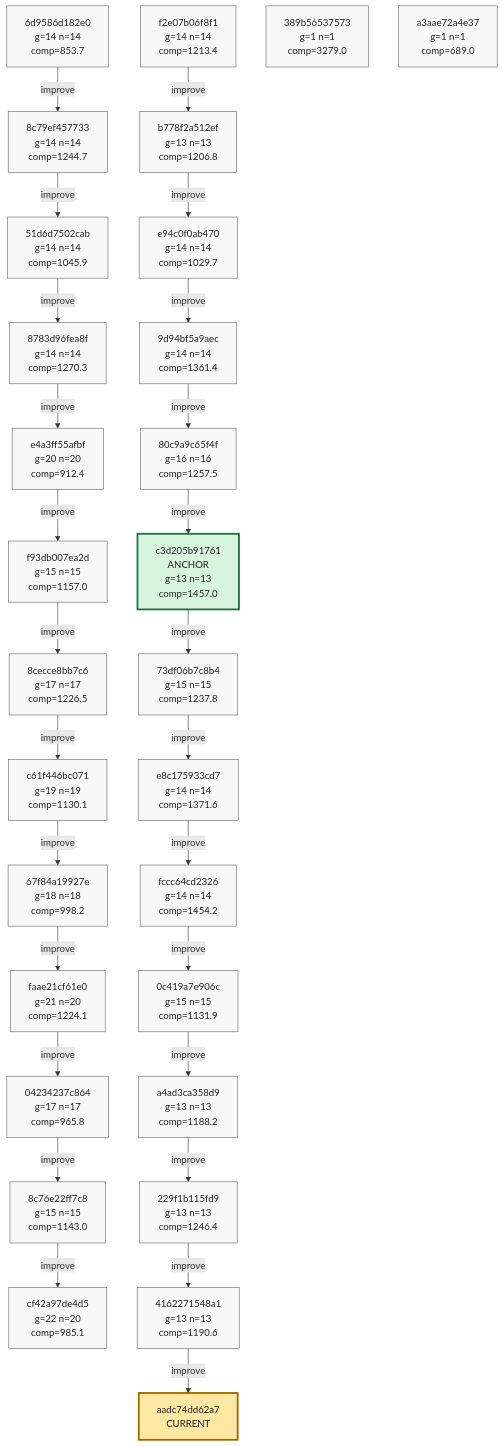
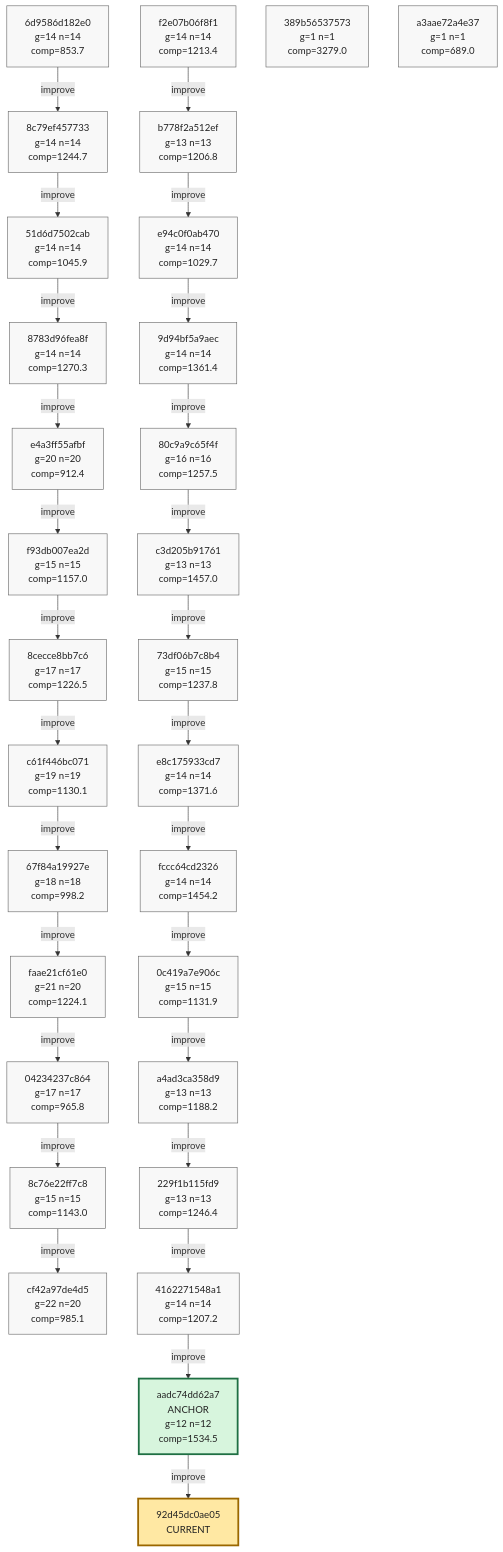
One commit to azumag/soviet_now changed the eighth of 8 diagrams in phyrogenetic-tree.md. Above: the diagram before and after it, drawn with Mermaid. The commit also changed other lines of this file and 2 other files, not shown here.

Commit message:
eloop Improve after 12 games (scores: 1097 2622 3860 1627 1890 1300 2304 1055 2144 990 3668 1015)

````diff
--- a/phyrogenetic-tree.md
+++ b/phyrogenetic-tree.md
@@ -1931,17 +1932,18 @@
     h_e94c0f0ab470["e94c0f0ab470<br/>g=14 n=14<br/>comp=1029.7"]
     h_9d94bf5a9aec["9d94bf5a9aec<br/>g=14 n=14<br/>comp=1361.4"]
     h_80c9a9c65f4f["80c9a9c65f4f<br/>g=16 n=16<br/>comp=1257.5"]
-    h_c3d205b91761["c3d205b91761<br/>ANCHOR<br/>g=13 n=13<br/>comp=1457.0"]
+    h_c3d205b91761["c3d205b91761<br/>g=13 n=13<br/>comp=1457.0"]
     h_73df06b7c8b4["73df06b7c8b4<br/>g=15 n=15<br/>comp=1237.8"]
     h_e8c175933cd7["e8c175933cd7<br/>g=14 n=14<br/>comp=1371.6"]
     h_fccc64cd2326["fccc64cd2326<br/>g=14 n=14<br/>comp=1454.2"]
     h_0c419a7e906c["0c419a7e906c<br/>g=15 n=15<br/>comp=1131.9"]
     h_a4ad3ca358d9["a4ad3ca358d9<br/>g=13 n=13<br/>comp=1188.2"]
     h_229f1b115fd9["229f1b115fd9<br/>g=13 n=13<br/>comp=1246.4"]
-    h_4162271548a1["4162271548a1<br/>g=13 n=13<br/>comp=1190.6"]
+    h_4162271548a1["4162271548a1<br/>g=14 n=14<br/>comp=1207.2"]
+    h_aadc74dd62a7["aadc74dd62a7<br/>ANCHOR<br/>g=12 n=12<br/>comp=1534.5"]
     h_389b56537573["389b56537573<br/>g=1 n=1<br/>comp=3279.0"]
     h_a3aae72a4e37["a3aae72a4e37<br/>g=1 n=1<br/>comp=689.0"]
-    h_aadc74dd62a7["aadc74dd62a7<br/>CURRENT"]
+    h_92d45dc0ae05["92d45dc0ae05<br/>CURRENT"]
 
     h_6d9586d182e0 -->|improve| h_8c79ef457733
     h_8c79ef457733 -->|improve| h_51d6d7502cab
@@ -1968,6 +1970,7 @@
     h_a4ad3ca358d9 -->|improve| h_229f1b115fd9
     h_229f1b115fd9 -->|improve| h_4162271548a1
     h_4162271548a1 -->|improve| h_aadc74dd62a7
+    h_aadc74dd62a7 -->|improve| h_92d45dc0ae05
 
     classDef plain fill:#f8f8f8,stroke:#666,stroke-width:1px,color:#222;
     classDef current fill:#ffe8a3,stroke:#9a6700,stroke-width:3px,color:#222;
@@ -1992,7 +1995,7 @@
     class h_e94c0f0ab470 plain;
     class h_9d94bf5a9aec plain;
     class h_80c9a9c65f4f plain;
-    class h_c3d205b91761 anchor;
+    class h_c3d205b91761 plain;
     class h_73df06b7c8b4 plain;
     class h_e8c175933cd7 plain;
     class h_fccc64cd2326 plain;
@@ -2000,7 +2003,8 @@
     class h_a4ad3ca358d9 plain;
     class h_229f1b115fd9 plain;
     class h_4162271548a1 plain;
+    class h_aadc74dd62a7 anchor;
     class h_389b56537573 plain;
     class h_a3aae72a4e37 plain;
-    class h_aadc74dd62a7 current;
+    class h_92d45dc0ae05 current;
 ```
````
